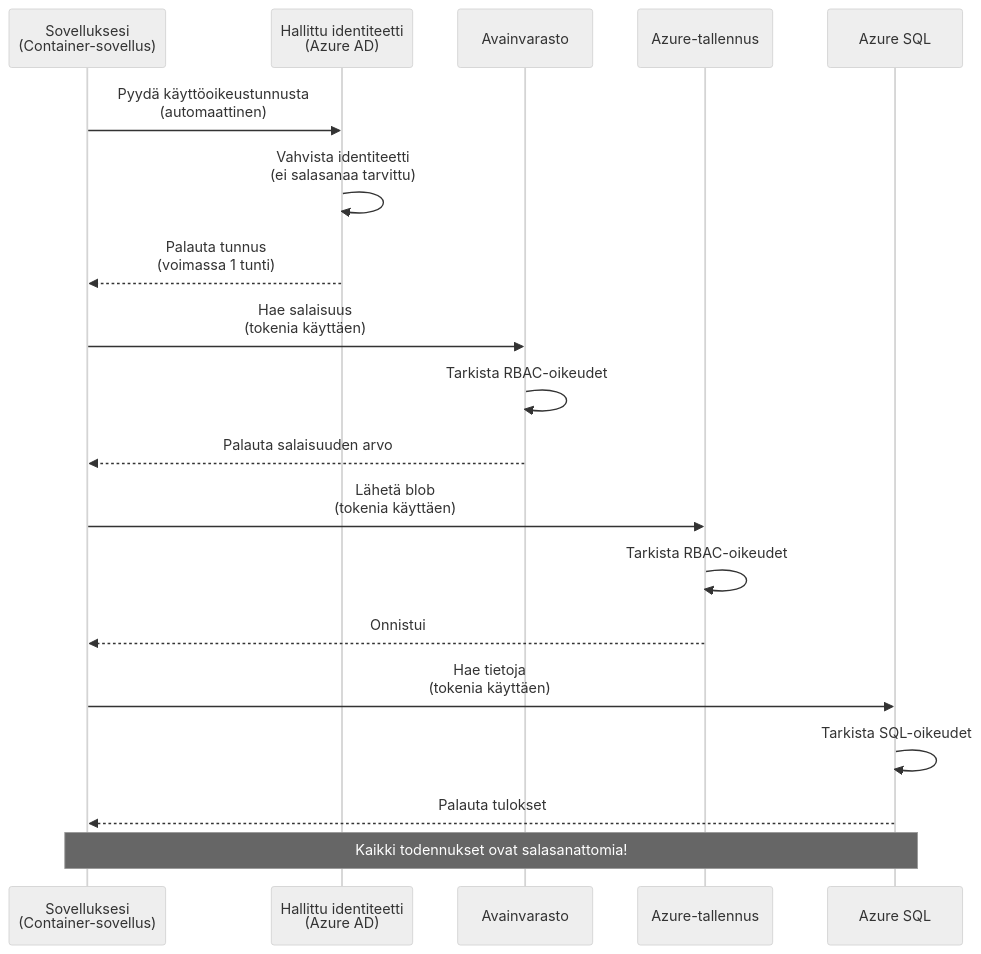
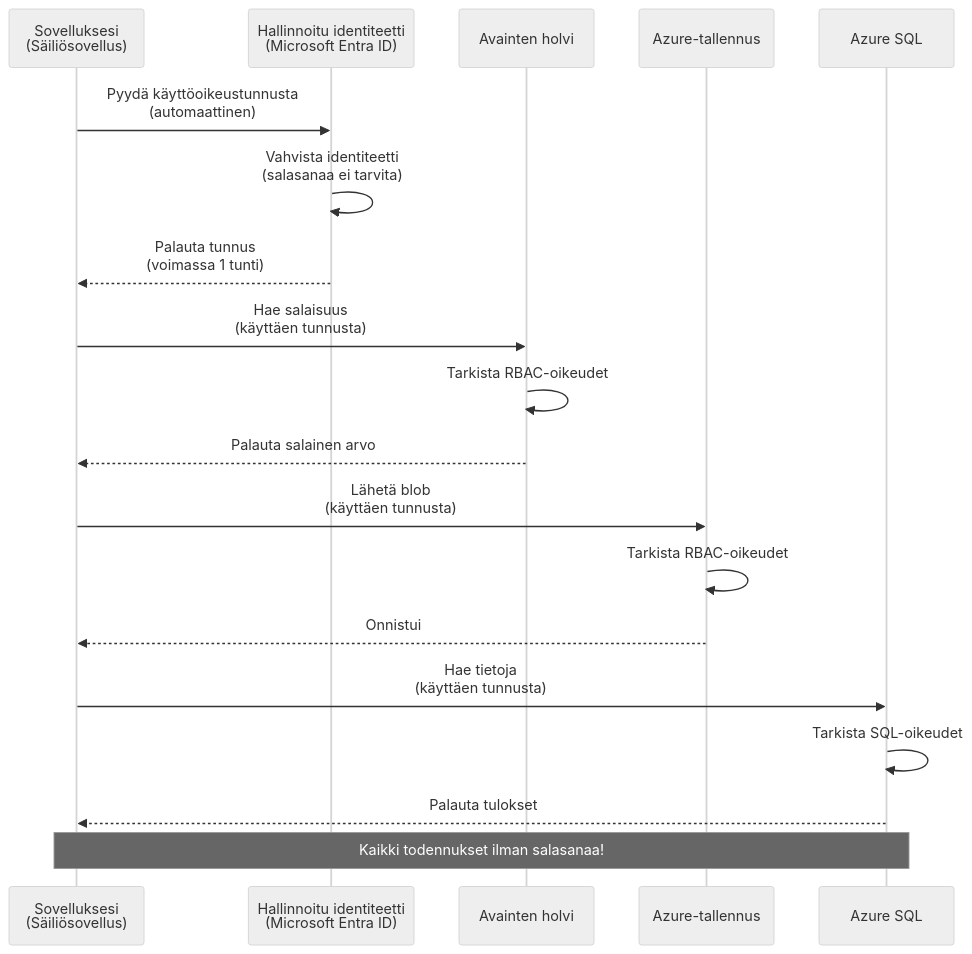
Before and after one commit to microsoft/AZD-for-beginners: the first of 2 diagrams in translations/fi/docs/chapter-03-configuration/authsecurity.md, drawn with Mermaid (neutral theme). The commit also changed other lines of this file and 104 other files, not shown here.

````diff
--- a/translations/fi/docs/chapter-03-configuration/authsecurity.md
+++ b/translations/fi/docs/chapter-03-configuration/authsecurity.md
@@ -69,26 +69,26 @@
 ```mermaid
 sequenceDiagram
-    participant App as Sovelluksesi<br/>(Container-sovellus)
-    participant MI as Hallittu identiteetti<br/>(Azure AD)
-    participant KV as Avainvarasto
+    participant App as Sovelluksesi<br/>(Säiliösovellus)
+    participant MI as Hallinnoitu identiteetti<br/>(Microsoft Entra ID)
+    participant KV as Avainten holvi
     participant Storage as Azure-tallennus
     participant DB as Azure SQL
     
     App->>MI: Pyydä käyttöoikeustunnusta<br/>(automaattinen)
-    MI->>MI: Vahvista identiteetti<br/>(ei salasanaa tarvittu)
+    MI->>MI: Vahvista identiteetti<br/>(salasanaa ei tarvita)
     MI-->>App: Palauta tunnus<br/>(voimassa 1 tunti)
     
-    App->>KV: Hae salaisuus<br/>(tokenia käyttäen)
+    App->>KV: Hae salaisuus<br/>(käyttäen tunnusta)
     KV->>KV: Tarkista RBAC-oikeudet
-    KV-->>App: Palauta salaisuuden arvo
+    KV-->>App: Palauta salainen arvo
     
-    App->>Storage: Lähetä blob<br/>(tokenia käyttäen)
+    App->>Storage: Lähetä blob<br/>(käyttäen tunnusta)
     Storage->>Storage: Tarkista RBAC-oikeudet
     Storage-->>App: Onnistui
     
-    App->>DB: Hae tietoja<br/>(tokenia käyttäen)
+    App->>DB: Hae tietoja<br/>(käyttäen tunnusta)
     DB->>DB: Tarkista SQL-oikeudet
     DB-->>App: Palauta tulokset
     
-    Note over App,DB: Kaikki todennukset ovat salasanattomia!
+    Note over App,DB: Kaikki todennukset ilman salasanaa!
 ```
````
